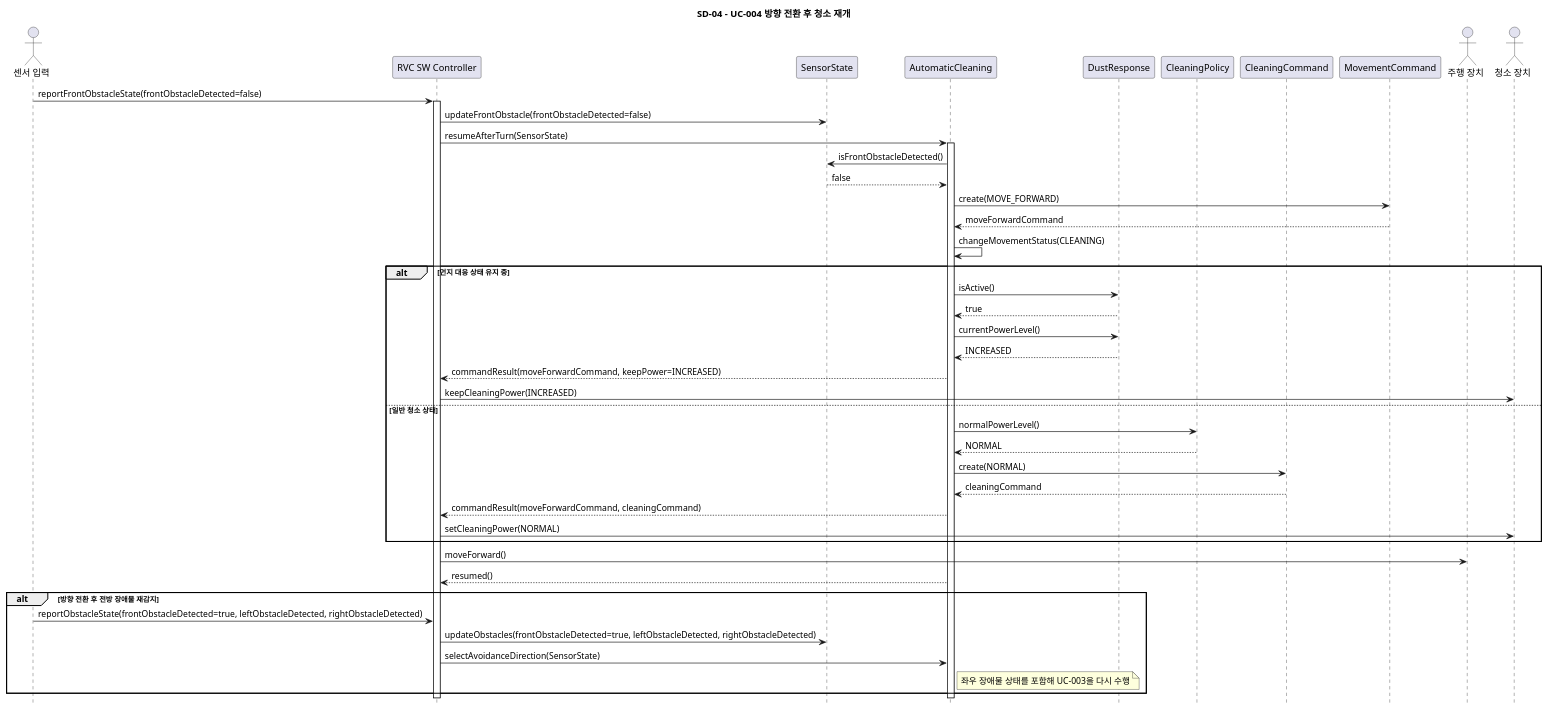
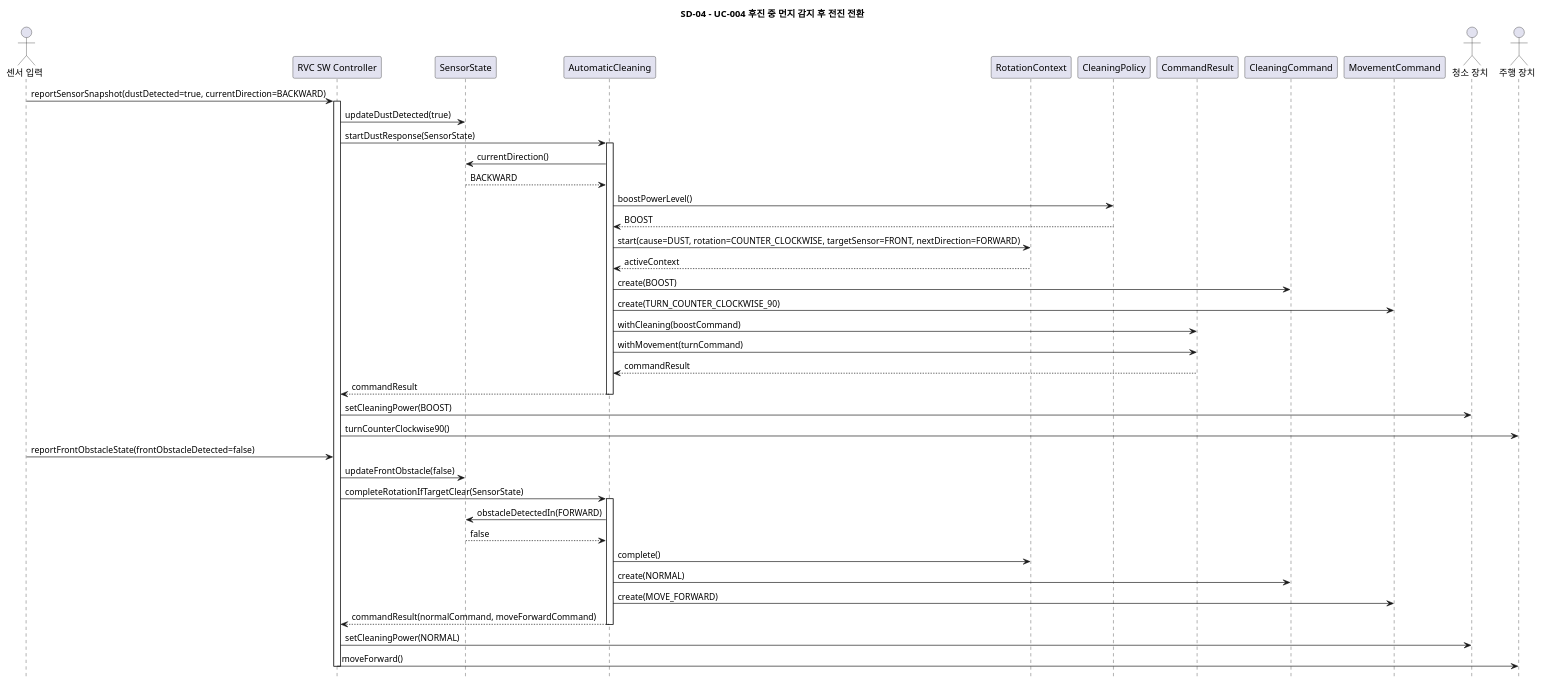
One commit to OOAD-Team3/Robot-Vacuum-Cleaner-AI changed the diagram in docs/sd/SD-04.puml. Above: the diagram before and after it, drawn with PlantUML. The commit also changed other lines of this file and 24 other files, not shown here.

```diff
--- a/docs/sd/SD-04.puml
+++ b/docs/sd/SD-04.puml
@@ -6,55 +5,54 @@
-@startuml SD_04_UC004_Resume_After_Turn
+@startuml SD_04_UC004_Backward_Dust_To_Forward
 hide footbox
-title SD-04 - UC-004 방향 전환 후 청소 재개
+title SD-04 - UC-004 후진 중 먼지 감지 후 전진 전환
 
 actor "센서 입력" as Sensor
 participant "RVC SW Controller" as Controller
 participant "SensorState" as SensorState
 participant "AutomaticCleaning" as Cleaning
-participant "DustResponse" as DustResponse
+participant "RotationContext" as RotationContext
 participant "CleaningPolicy" as Policy
+participant "CommandResult" as CommandResult
 participant "CleaningCommand" as CleaningCommand
 participant "MovementCommand" as MovementCommand
+actor "청소 장치" as Cleaner
 actor "주행 장치" as Drive
-actor "청소 장치" as Cleaner
+
+Sensor -> Controller: reportSensorSnapshot(dustDetected=true, currentDirection=BACKWARD)
+activate Controller
+Controller -> SensorState: updateDustDetected(true)
+Controller -> Cleaning: startDustResponse(SensorState)
+activate Cleaning
+Cleaning -> SensorState: currentDirection()
+SensorState --> Cleaning: BACKWARD
+Cleaning -> Policy: boostPowerLevel()
+Policy --> Cleaning: BOOST
+Cleaning -> RotationContext: start(cause=DUST, rotation=COUNTER_CLOCKWISE, targetSensor=FRONT, nextDirection=FORWARD)
+RotationContext --> Cleaning: activeContext
+Cleaning -> CleaningCommand: create(BOOST)
+Cleaning -> MovementCommand: create(TURN_COUNTER_CLOCKWISE_90)
+Cleaning -> CommandResult: withCleaning(boostCommand)
+Cleaning -> CommandResult: withMovement(turnCommand)
+CommandResult --> Cleaning: commandResult
+Cleaning --> Controller: commandResult
+deactivate Cleaning
+
+Controller -> Cleaner: setCleaningPower(BOOST)
+Controller -> Drive: turnCounterClockwise90()
 
 Sensor -> Controller: reportFrontObstacleState(frontObstacleDetected=false)
-activate Controller
-Controller -> SensorState: updateFrontObstacle(frontObstacleDetected=false)
-Controller -> Cleaning: resumeAfterTurn(SensorState)
+Controller -> SensorState: updateFrontObstacle(false)
+Controller -> Cleaning: completeRotationIfTargetClear(SensorState)
 activate Cleaning
-Cleaning -> SensorState: isFrontObstacleDetected()
+Cleaning -> SensorState: obstacleDetectedIn(FORWARD)
 SensorState --> Cleaning: false
+Cleaning -> RotationContext: complete()
+Cleaning -> CleaningCommand: create(NORMAL)
 Cleaning -> MovementCommand: create(MOVE_FORWARD)
-MovementCommand --> Cleaning: moveForwardCommand
-Cleaning -> Cleaning: changeMovementStatus(CLEANING)
+Cleaning --> Controller: commandResult(normalCommand, moveForwardCommand)
+deactivate Cleaning
 
-alt 먼지 대응 상태 유지 중
-    Cleaning -> DustResponse: isActive()
-    DustResponse --> Cleaning: true
-    Cleaning -> DustResponse: currentPowerLevel()
-    DustResponse --> Cleaning: INCREASED
-    Cleaning --> Controller: commandResult(moveForwardCommand, keepPower=INCREASED)
-    Controller -> Cleaner: keepCleaningPower(INCREASED)
-else 일반 청소 상태
-    Cleaning -> Policy: normalPowerLevel()
-    Policy --> Cleaning: NORMAL
-    Cleaning -> CleaningCommand: create(NORMAL)
-    CleaningCommand --> Cleaning: cleaningCommand
-    Cleaning --> Controller: commandResult(moveForwardCommand, cleaningCommand)
-    Controller -> Cleaner: setCleaningPower(NORMAL)
-end
-
+Controller -> Cleaner: setCleaningPower(NORMAL)
 Controller -> Drive: moveForward()
-Cleaning --> Controller: resumed()
-
-alt 방향 전환 후 전방 장애물 재감지
-    Sensor -> Controller: reportObstacleState(frontObstacleDetected=true, leftObstacleDetected, rightObstacleDetected)
-    Controller -> SensorState: updateObstacles(frontObstacleDetected=true, leftObstacleDetected, rightObstacleDetected)
-    Controller -> Cleaning: selectAvoidanceDirection(SensorState)
-    note right of Cleaning: 좌우 장애물 상태를 포함해 UC-003을 다시 수행
-end
-
-deactivate Cleaning
 deactivate Controller
 @enduml
```
